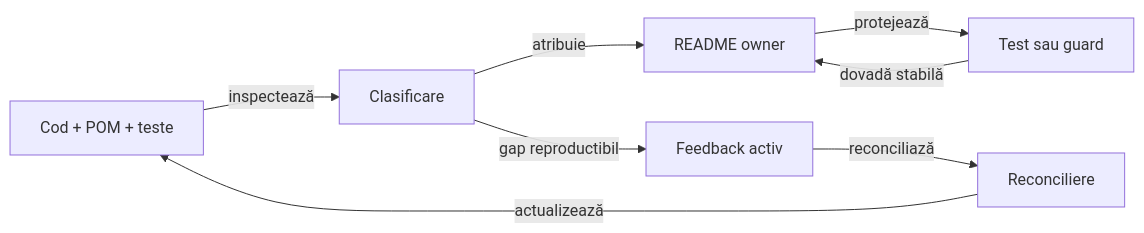
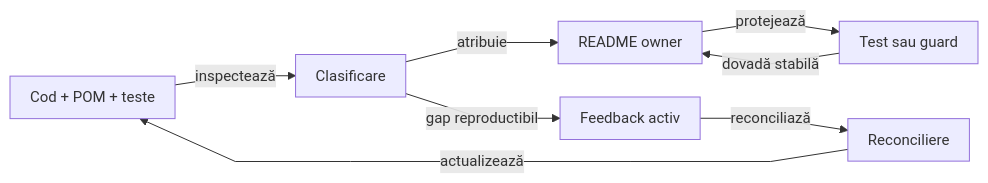
Before and after one commit to crististefanita/atf_j0: the diagram in docs/README_Atf_DocumentationBestPractices.md, drawn with Mermaid. The commit also changed 97 other files, not shown here.

````diff
--- a/docs/README_Atf_DocumentationBestPractices.md
+++ b/docs/README_Atf_DocumentationBestPractices.md
@@ -82,16 +82,17 @@
 ```mermaid
+%%{init: {"themeVariables":{"fontSize":"15px"},"themeCSS":".nodeLabel, .nodeLabel p { font-size: 15px !important; line-height: 1.35 !important; } .edgeLabel, .edgeLabel p { font-size: 12px !important; font-weight: 400 !important; line-height: 1.2 !important; } .edgeLabel .labelBkg, .edgeLabel p { background: transparent !important; } .edgeLabel foreignObject { transform: translateY(-28px); overflow: visible; } .node rect { rx: 6px; ry: 6px; } .edgeLabel [data-id=\"L_Gate_Owner_0\"] foreignObject { transform: translate(0px, -18px); }","flowchart":{"curve":"linear","nodeSpacing":24,"rankSpacing":40,"padding":10,"diagramPadding":24}}}%%
 flowchart LR
     Live[Cod + POM + teste]
     Classify[Clasificare]
     Owner[README owner]
     Gate[Test sau guard]
     Feedback[Feedback activ]
     Reconcile[Reconciliere]
     Live -->|inspectează| Classify
     Classify -->|atribuie| Owner
     Owner -->|protejează| Gate
     Gate -->|dovadă stabilă| Owner
     Classify -->|gap reproductibil| Feedback
     Feedback -->|reconciliază| Reconcile
     Reconcile -->|actualizează| Live
 ```
````
